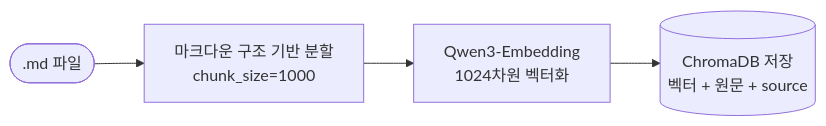
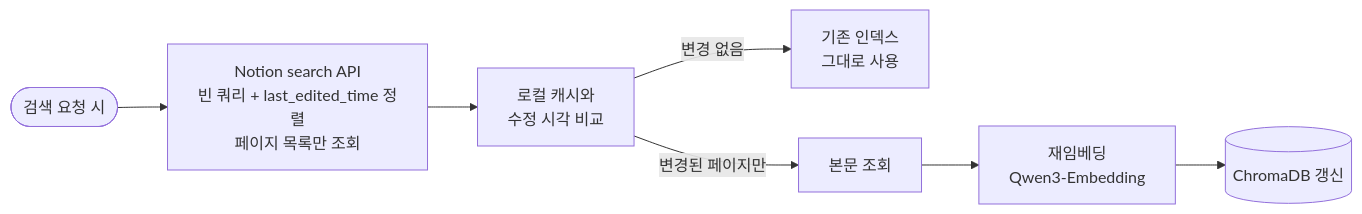
The third of 3 diagrams in README.md (hochan00/mygpt), drawn with Mermaid before and after one commit. The commit also changed other lines of this file, not shown here.

````diff
--- a/README.md
+++ b/README.md
@@ -163,6 +139,9 @@
 ```mermaid
 flowchart LR
-    File([".md 파일"]) --> Split["마크다운 구조 기반 분할<br/>chunk_size=1000"]
-    Split --> Emb["Qwen3-Embedding<br/>1024차원 벡터화"]
-    Emb --> Store[("ChromaDB 저장<br/>벡터 + 원문 + source")]
+    Trigger([검색 요청 시]) --> List["Notion search API<br/>빈 쿼리 + last_edited_time 정렬<br/>페이지 목록만 조회"]
+    List --> Diff["로컬 캐시와<br/>수정 시각 비교"]
+    Diff -->|변경 없음| Skip["기존 인덱스<br/>그대로 사용"]
+    Diff -->|변경된 페이지만| Fetch["본문 조회"]
+    Fetch --> Embed["재임베딩<br/>Qwen3-Embedding"]
+    Embed --> Chroma[("ChromaDB 갱신")]
 ```
````
